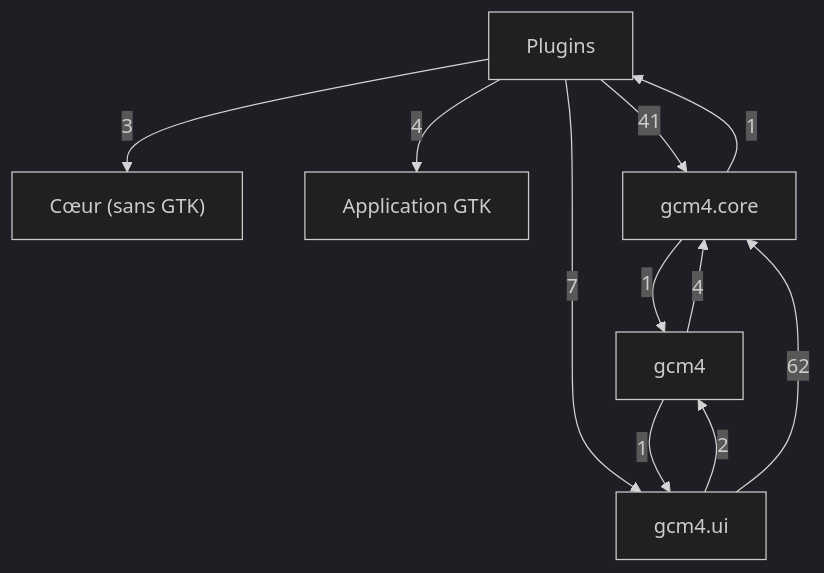
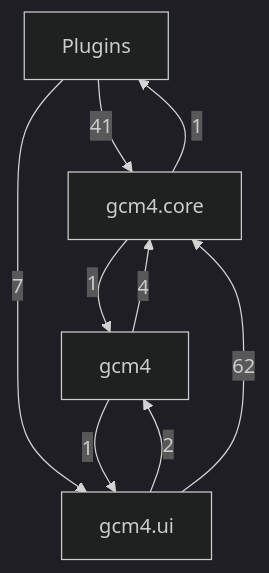
One commit to Mathilde-Team/Gcm4 changed the first of 5 diagrams in docs/class-diagram.md. Above: the diagram before and after it, drawn with Mermaid (dark theme). The commit also changed other lines of this file and 31 other files, not shown here.

Commit message:
chore(#427): cœurs des outils GTK3 de la racine vers plugins/<dossier>/core.py

````diff
--- a/docs/class-diagram.md
+++ b/docs/class-diagram.md
@@ -21,19 +21,15 @@
 ```mermaid
 flowchart TD
-    g0["Cœur (sans GTK)"]
-    g1["Application GTK"]
-    g2["Plugins"]
-    g3["gcm4"]
-    g4["gcm4.core"]
-    g5["gcm4.ui"]
-    g2 -->|4| g1
-    g2 -->|3| g0
-    g2 -->|41| g4
-    g2 -->|7| g5
-    g3 -->|4| g4
-    g3 -->|1| g5
-    g4 -->|1| g2
-    g4 -->|1| g3
-    g5 -->|2| g3
-    g5 -->|62| g4
+    g0["Plugins"]
+    g1["gcm4"]
+    g2["gcm4.core"]
+    g3["gcm4.ui"]
+    g0 -->|41| g2
+    g0 -->|7| g3
+    g1 -->|4| g2
+    g1 -->|1| g3
+    g2 -->|1| g0
+    g2 -->|1| g1
+    g3 -->|2| g1
+    g3 -->|62| g2
 ```
````
